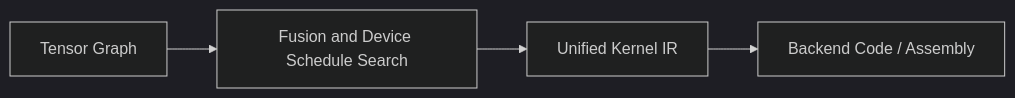
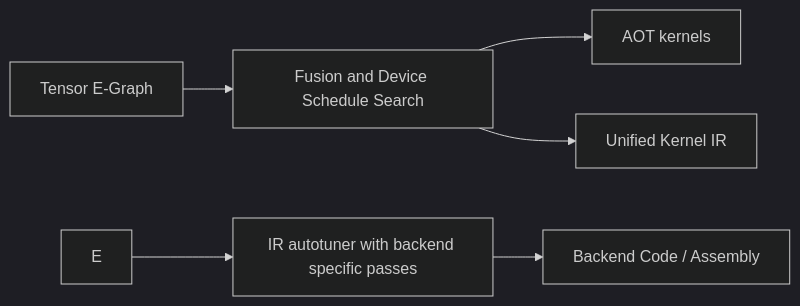
The diagram in README.md (zk4x/zyx), drawn with Mermaid (dark theme) before and after one commit. The commit also changed other lines of this file and 1 other file, not shown here.

````diff
--- a/README.md
+++ b/README.md
@@ -138,6 +139,8 @@
 ```mermaid
 flowchart LR
-    A["Tensor Graph"] --> B["Fusion and Device Schedule Search"]
-    B --> C["Unified Kernel IR"]
-    C --> D["Backend Code / Assembly"]
+    A["Tensor E-Graph"] --> B["Fusion and Device Schedule Search"]
+    B --> C["AOT kernels"]
+    B --> D["Unified Kernel IR"]
+    E --> F["IR autotuner with backend specific passes"]
+    F --> G["Backend Code / Assembly"]
 ```
````
